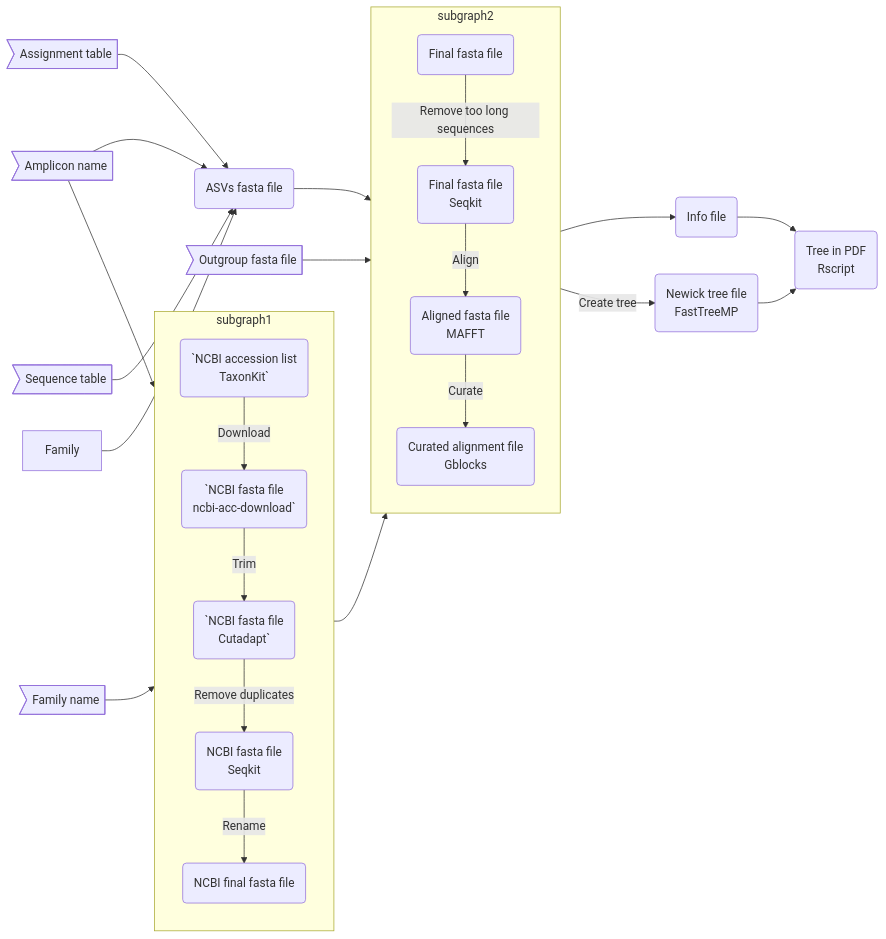
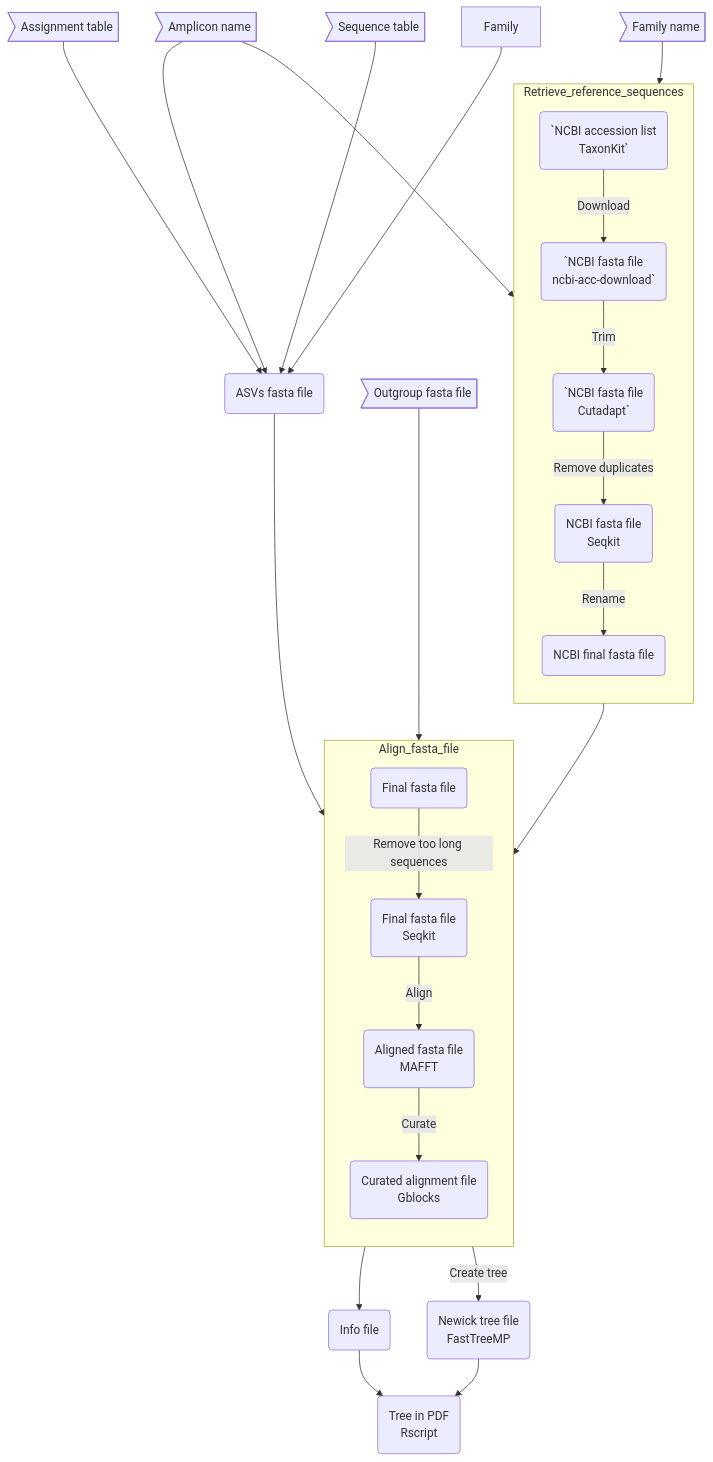
One commit to Enorya/Phylo-tree_eDNA changed the diagram in README.md. Above: the diagram before and after it, drawn with Mermaid.

````diff
--- a/README.md
+++ b/README.md
@@ -24,46 +24,46 @@
 ```mermaid
-flowchart LR
+flowchart
 	amplicon>Amplicon name]
 	family>Family name]
 	Assign>Assignment table]
 	Seq>Sequence table]
 	Out>Outgroup fasta file]
 	step1(`NCBI accession list
 TaxonKit`)
 	step2(`NCBI fasta file
 ncbi-acc-download`)
 	step3(`NCBI fasta file
 Cutadapt`)
 	step4(NCBI fasta file
 Seqkit)
 	step5(NCBI final fasta file)
 	step6(ASVs fasta file)
 	step7(Final fasta file)
 	step8(Final fasta file
 Seqkit)
 	step9(Aligned fasta file
 MAFFT)
 	step10(Curated alignment file
 Gblocks)
 	step11(Newick tree file
 FastTreeMP)
 	step12(Info file)
 	step13(Tree in PDF
 Rscript)
 
-	subgraph subgraph1
+	subgraph Retrieve_reference_sequences
 		direction TB
         	step1 -->|Download| step2 -->|Trim| step3 -->|Remove duplicates| step4 -->|Rename| step5
 	end
-	subgraph subgraph2
+	subgraph Align_fasta_file
 		direction TB
         	step7 -->|Remove too long sequences| step8 -->|Align| step9 -->|Curate| step10
 	end
 	amplicon --> step1
 	family --> step1
 	amplicon & Assign & Seq & Family --> step6
 	step5 & Out & step6 --> step7
 	step10 --> step12 --> step13
 	step10 -->|Create tree| step11 --> step13
 
 ```
````
